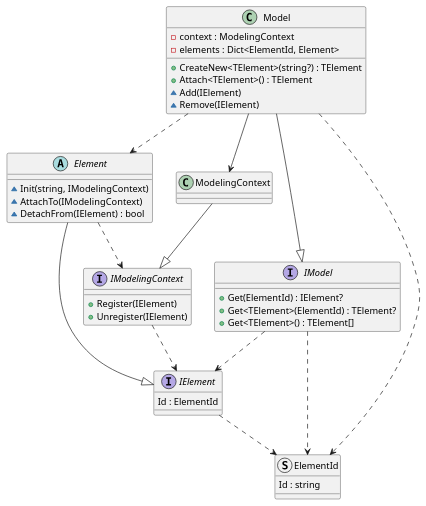
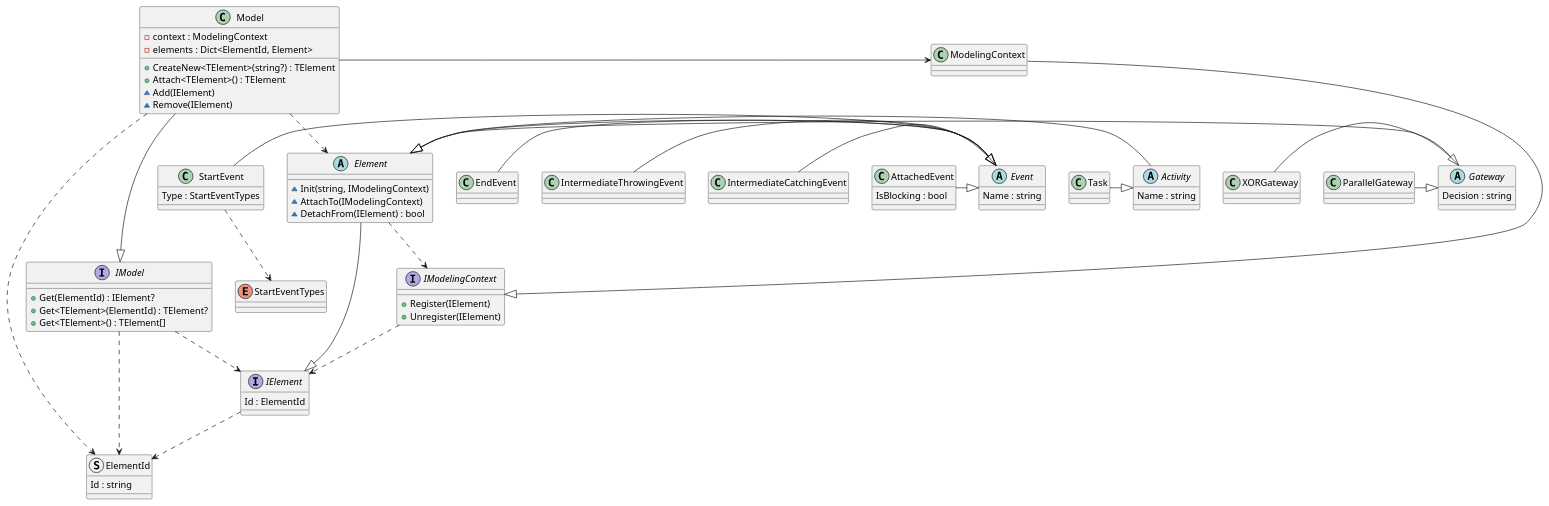
The diagram in doc/Design/BPMN.Model.ClassDiagram.puml (KretschiGL/PragmaticBPMN), drawn with PlantUML before and after one commit.

Commit message:
Adding basic classes for flow objects

```diff
--- a/doc/Design/BPMN.Model.ClassDiagram.puml
+++ b/doc/Design/BPMN.Model.ClassDiagram.puml
@@ -1,58 +1,114 @@
 @startuml
 
 struct ElementId {
     Id : string
 }
 
 interface IElement {
     Id : ElementId
 }
 
 IElement ..> ElementId
 
 abstract class Element
 {
     ~ Init(string, IModelingContext)
     ~ AttachTo(IModelingContext)
     ~ DetachFrom(IElement) : bool
 }
 
 Element -|> IElement
 Element ..> IModelingContext
 
 interface IModel {
     + Get(ElementId) : IElement?
     + Get<TElement>(ElementId) : TElement?
     + Get<TElement>() : TElement[]
 }
 
 IModel ..> ElementId
 IModel ..> IElement
 
 interface IModelingContext {
     + Register(IElement)
     + Unregister(IElement)
 }
 
 IModelingContext ..> IElement
 
 class ModelingContext
 
 ModelingContext -|> IModelingContext
 
 class Model {
     - context : ModelingContext
     - elements : Dict<ElementId, Element>
 
     + CreateNew<TElement>(string?) : TElement
     + Attach<TElement>() : TElement
     ~ Add(IElement)
     ~ Remove(IElement)
 }
 
 Model -|> IModel
 Model -> ModelingContext
 Model ..> ElementId
 Model ..> Element
 
+abstract class Event {
+    Name : string
+}
+
+Event -|> Element
+
+class StartEvent {
+    Type : StartEventTypes
+}
+enum StartEventTypes
+
+StartEvent -|> Event
+StartEvent ..> StartEventTypes
+
+class EndEvent
+
+EndEvent -|> Event
+
+class IntermediateThrowingEvent
+
+IntermediateThrowingEvent -|> Event
+
+class IntermediateCatchingEvent 
+
+IntermediateCatchingEvent -|> Event
+
+class AttachedEvent {
+    IsBlocking : bool
+}
+
+AttachedEvent -|> Event
+
+abstract class Activity {
+    Name : string
+}
+
+Activity -|> Element
+
+class Task
+
+Task -|> Activity
+
+abstract class Gateway {
+    Decision : string
+}
+
+Gateway -|> Element
+
+class XORGateway
+
+XORGateway -|> Gateway
+
+class ParallelGateway
+
+ParallelGateway -|> Gateway
+
 @enduml
```
